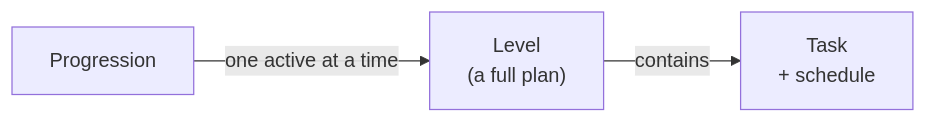
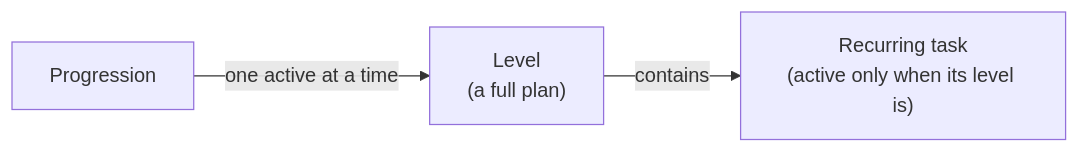
Before and after one commit to adam-edison/run-my-day-app: the second of 5 diagrams in docs/domain-model.md, drawn with Mermaid. The commit also changed other lines of this file and 1 other file, not shown here.

Commit message:
docs: add task settings guide and refine repeats, progressions, and projects

````diff
--- a/docs/domain-model.md
+++ b/docs/domain-model.md
@@ -23,5 +23,5 @@
 ```mermaid
 flowchart LR
     Progression -->|one active at a time| Level["Level<br/>(a full plan)"]
-    Level -->|contains| Task["Task<br/>+ schedule"]
+    Level -->|contains| Task["Recurring task<br/>(active only when its level is)"]
 ```
````
